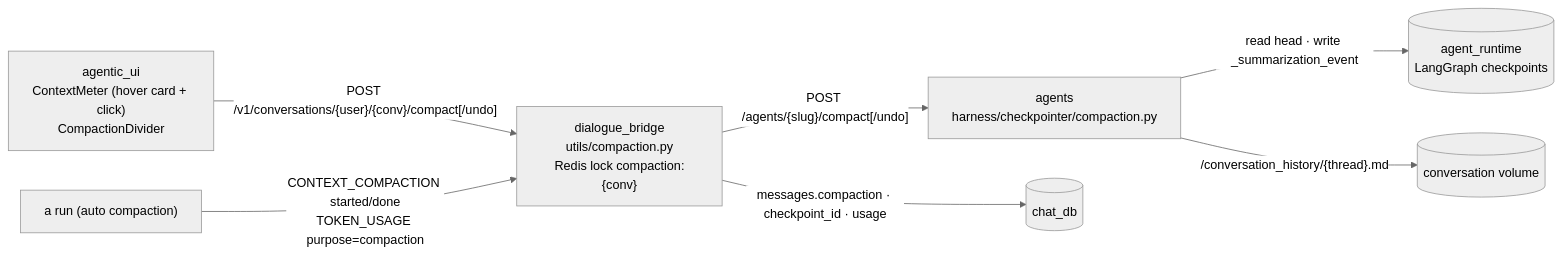
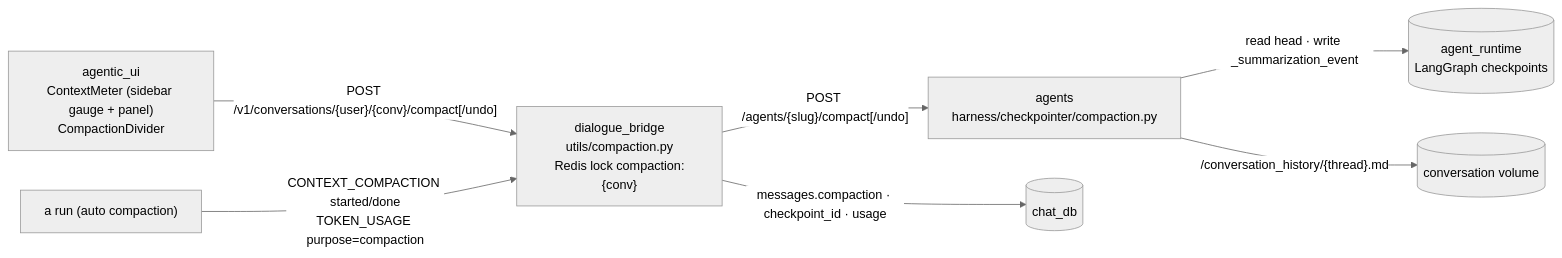
One commit to konstantinosmpouros/mAgenticX changed the first of 2 diagrams in docs/flows/context-compaction.md. Above: the diagram before and after it, drawn with Mermaid (neutral theme). The commit also changed other lines of this file and 64 other files, not shown here.

Commit message:
feat(agents,dialogue_bridge,agentic_ui): let the user pick a reasoning effort per message beside the mic, move the context gauge to the sidebar with a panel whose button is the only way to compact, and let Escape close the open dialog or panel first

````diff
--- a/docs/flows/context-compaction.md
+++ b/docs/flows/context-compaction.md
@@ -35,9 +35,9 @@
 ```mermaid
 flowchart LR
-    UI["agentic_ui<br/>ContextMeter (hover card + click)<br/>CompactionDivider"] -->|"POST /v1/conversations/{user}/{conv}/compact[/undo]"| BR["dialogue_bridge<br/>utils/compaction.py<br/>Redis lock compaction:{conv}"]
+    UI["agentic_ui<br/>ContextMeter (sidebar gauge + panel)<br/>CompactionDivider"] -->|"POST /v1/conversations/{user}/{conv}/compact[/undo]"| BR["dialogue_bridge<br/>utils/compaction.py<br/>Redis lock compaction:{conv}"]
     BR -->|"POST /agents/{slug}/compact[/undo]"| AG["agents<br/>harness/checkpointer/compaction.py"]
     AG -->|"read head · write _summarization_event"| CK[("agent_runtime<br/>LangGraph checkpoints")]
     AG -->|"/conversation_history/{thread}.md"| FS[("conversation volume")]
     BR -->|"messages.compaction · checkpoint_id · usage"| DB[("chat_db")]
     RUN["a run (auto compaction)"] -->|"CONTEXT_COMPACTION started/done<br/>TOKEN_USAGE purpose=compaction"| BR
 ```
````
